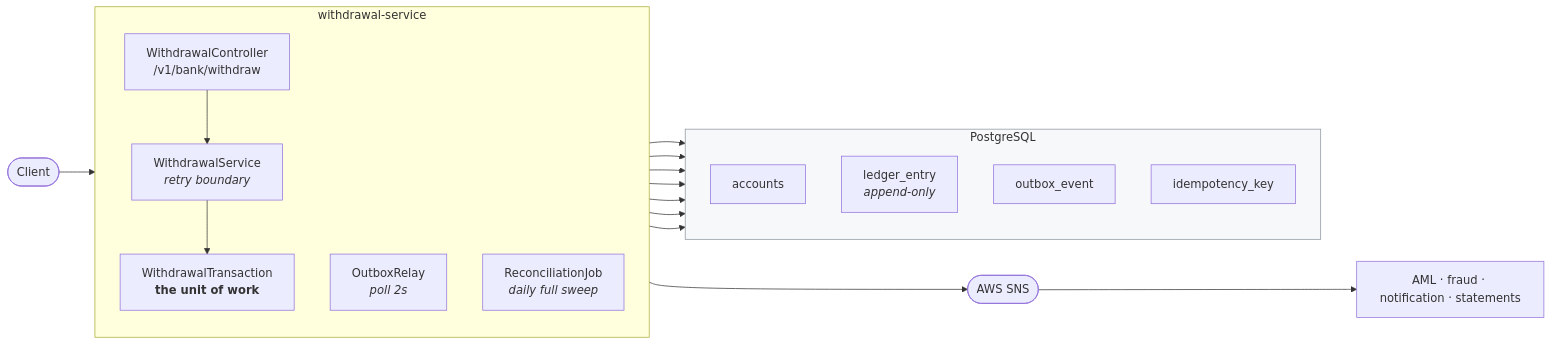
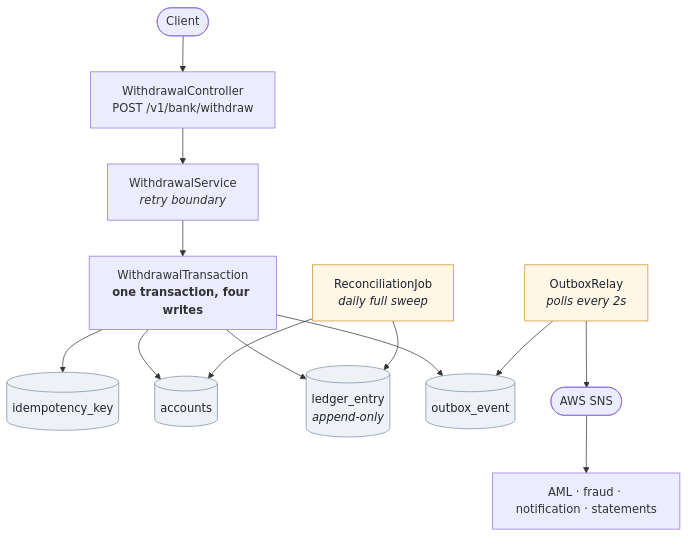
One commit to cnair-dev/sanlam-withdrawal-service changed the diagram in README.md. Above: the diagram before and after it, drawn with Mermaid.

Commit message:
Lay the README diagram out for the column it renders in
flowchart LR with two nested subgraphs squashed to an unreadable strip at
README width, and the nodes inside the service subgraph that were not part of
the request chain floated into the gaps. Top-to-bottom suits a narrow column,
and the tables carry the datastore shape themselves, so the subgraphs earn
nothing and come out.

````diff
--- a/README.md
+++ b/README.md
@@ -28,34 +28,23 @@
 ```mermaid
-flowchart LR
-    Client(["Client"])
+flowchart TB
+    Client(["Client"]) --> API["WithdrawalController<br/>POST /v1/bank/withdraw"]
+    API --> APP["WithdrawalService<br/><i>retry boundary</i>"]
+    APP --> TXN["WithdrawalTransaction<br/><b>one transaction, four writes</b>"]
 
-    subgraph SVC["withdrawal-service"]
-        direction TB
-        API["WithdrawalController<br/>/v1/bank/withdraw"]
-        APP["WithdrawalService<br/><i>retry boundary</i>"]
-        TXN["WithdrawalTransaction<br/><b>the unit of work</b>"]
-        RELAY["OutboxRelay<br/><i>poll 2s</i>"]
-        RECON["ReconciliationJob<br/><i>daily full sweep</i>"]
-        API --> APP --> TXN
-    end
+    TXN --> IDK[("idempotency_key")]
+    TXN --> ACC[("accounts")]
+    TXN --> LED[("ledger_entry<br/><i>append-only</i>")]
+    TXN --> OBX[("outbox_event")]
 
-    subgraph DB["PostgreSQL"]
-        direction TB
-        ACC["accounts"]
-        LED["ledger_entry<br/><i>append-only</i>"]
-        OBX["outbox_event"]
-        IDK["idempotency_key"]
-    end
+    RELAY["OutboxRelay<br/><i>polls every 2s</i>"] --> OBX
+    RELAY --> SNS(["AWS SNS"])
+    SNS --> CONS["AML · fraud · notification · statements"]
 
-    SNS(["AWS SNS"])
-    CONS["AML · fraud · notification · statements"]
+    RECON["ReconciliationJob<br/><i>daily full sweep</i>"] --> ACC
+    RECON --> LED
 
-    Client --> API
-    TXN --> ACC & LED & OBX & IDK
-    RELAY --> OBX
-    RELAY --> SNS --> CONS
-    RECON --> ACC & LED
-
-    classDef store fill:#f6f8fa,stroke:#8b949e
-    class DB store
+    classDef store fill:#eef2f7,stroke:#7d8da1,color:#1c2430
+    classDef job fill:#fff6e5,stroke:#c9922e,color:#1c2430
+    class IDK,ACC,LED,OBX store
+    class RELAY,RECON job
 ```
````
